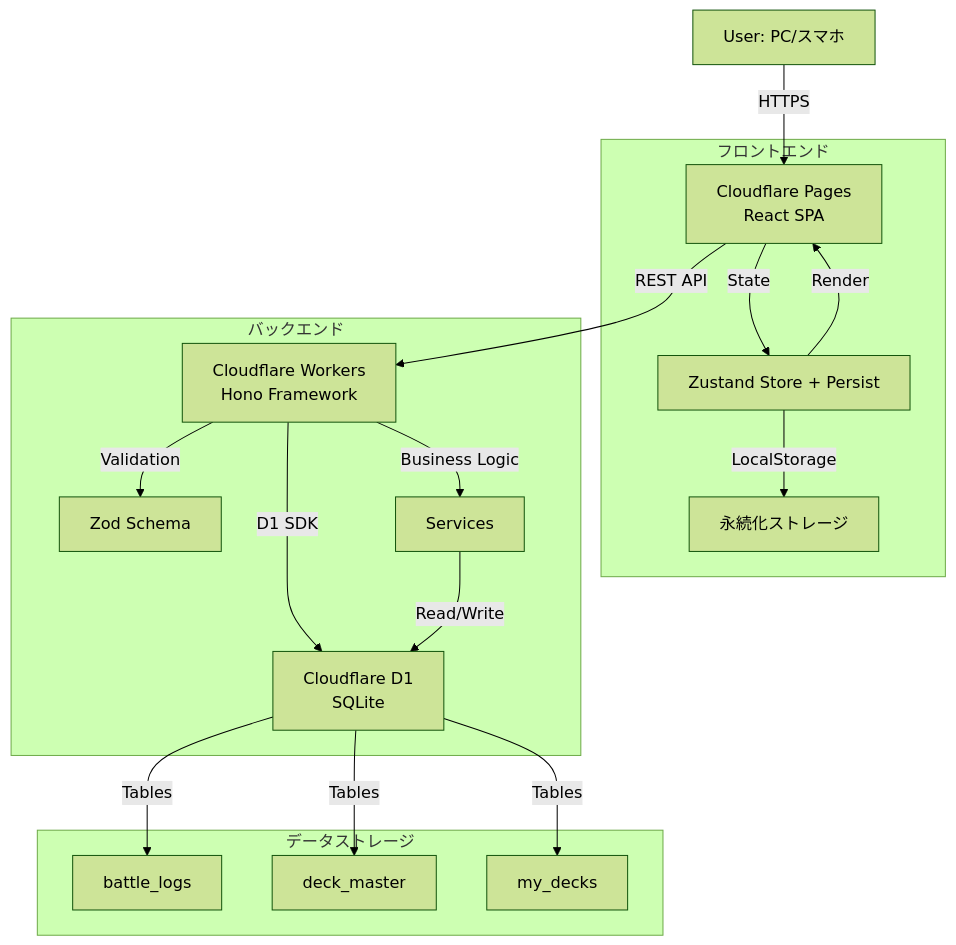
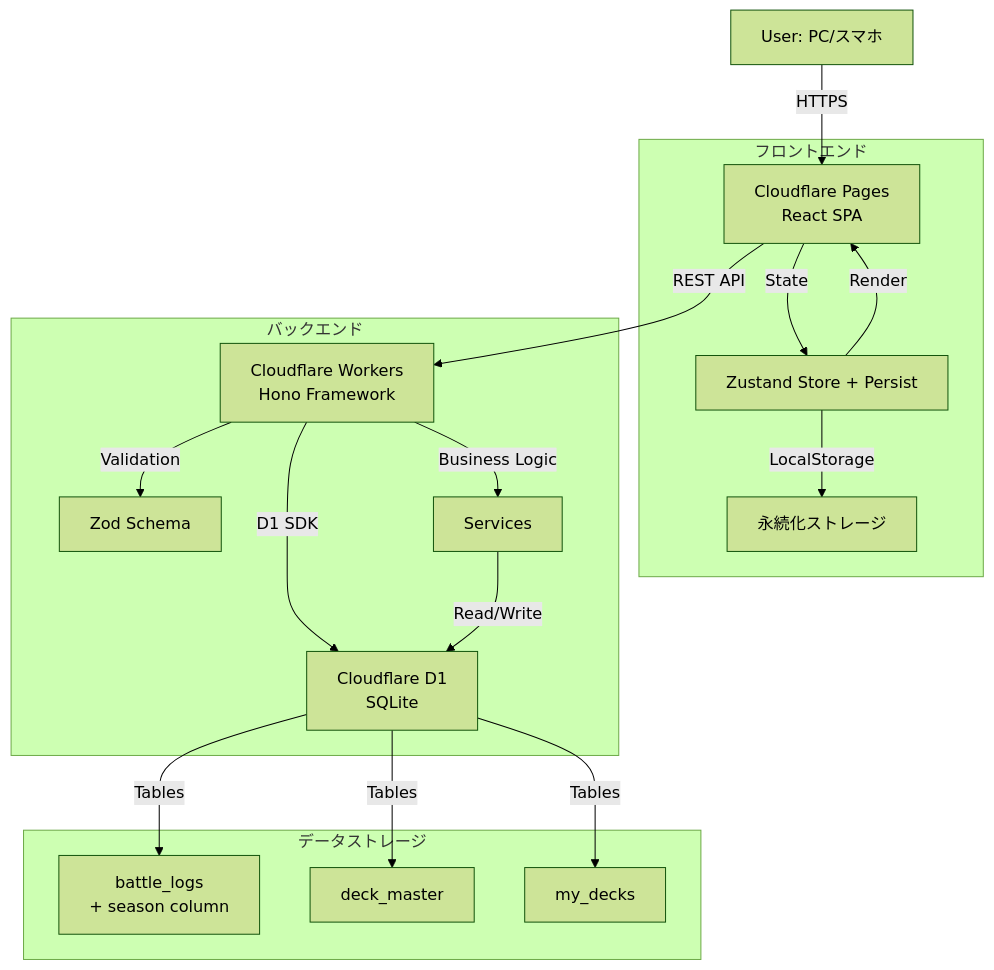
One commit to yaguma/shadowverse_log changed the first of 9 diagrams in docs/design/shadowverse-battle-log/dataflow.md. Above: the diagram before and after it, drawn with Mermaid (forest theme). The commit also changed other lines of this file and 2 other files, not shown here.

First line of the commit message:
docs: update design documents to reflect season feature and graphical dashboard

````diff
--- a/docs/design/shadowverse-battle-log/dataflow.md
+++ b/docs/design/shadowverse-battle-log/dataflow.md
@@ -12,24 +12,24 @@
 ```mermaid
 flowchart TD
     A[User: PC/スマホ] -->|HTTPS| B[Cloudflare Pages<br/>React SPA]
     B -->|REST API| C[Cloudflare Workers<br/>Hono Framework]
     C -->|D1 SDK| D[Cloudflare D1<br/>SQLite]
 
     subgraph "フロントエンド"
         B -->|State| E[Zustand Store + Persist]
         E -->|Render| B
         E -->|LocalStorage| LS[永続化ストレージ]
     end
 
     subgraph "バックエンド"
         C -->|Validation| F[Zod Schema]
         C -->|Business Logic| G[Services]
         G -->|Read/Write| D
     end
 
     subgraph "データストレージ"
-        D -->|Tables| H[battle_logs]
+        D -->|Tables| H[battle_logs<br/>+ season column]
         D -->|Tables| I[deck_master]
         D -->|Tables| J[my_decks]
     end
 ```
````
